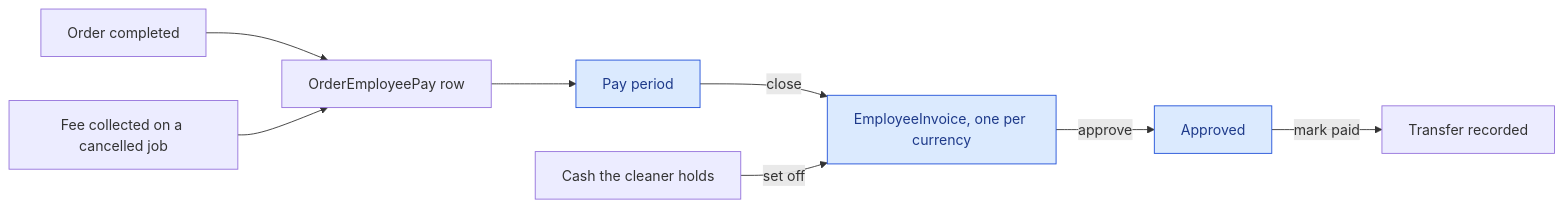
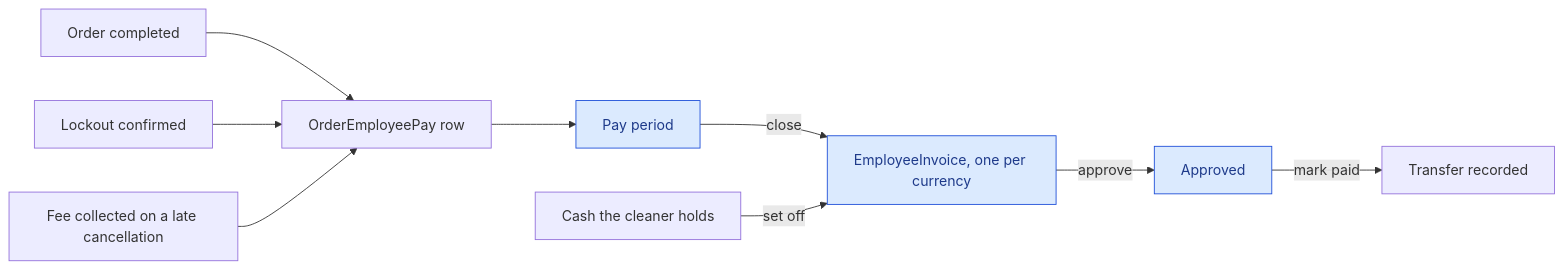
The diagram in docs/flows/pay-and-payouts.md (VM-s-Solutions/cleansia), drawn with Mermaid before and after one commit. The commit also changed other lines of this file and 24 other files, not shown here.

````diff
--- a/docs/flows/pay-and-payouts.md
+++ b/docs/flows/pay-and-payouts.md
@@ -8,13 +8,14 @@
 ```mermaid
 flowchart LR
   A[Order completed] --> B[OrderEmployeePay row]
-  X[Fee collected on a cancelled job] --> B
+  Y[Lockout confirmed] --> B
+  X[Fee collected on a late cancellation] --> B
   B --> C[Pay period]
   C -->|close| D[EmployeeInvoice, one per currency]
   L[Cash the cleaner holds] -->|set off| D
   D -->|approve| E[Approved]
   E -->|mark paid| F[Transfer recorded]
 
   classDef gate fill:#dbeafe,stroke:#1d4ed8,color:#1e3a8a
   class C,D,E gate
 ```
````
